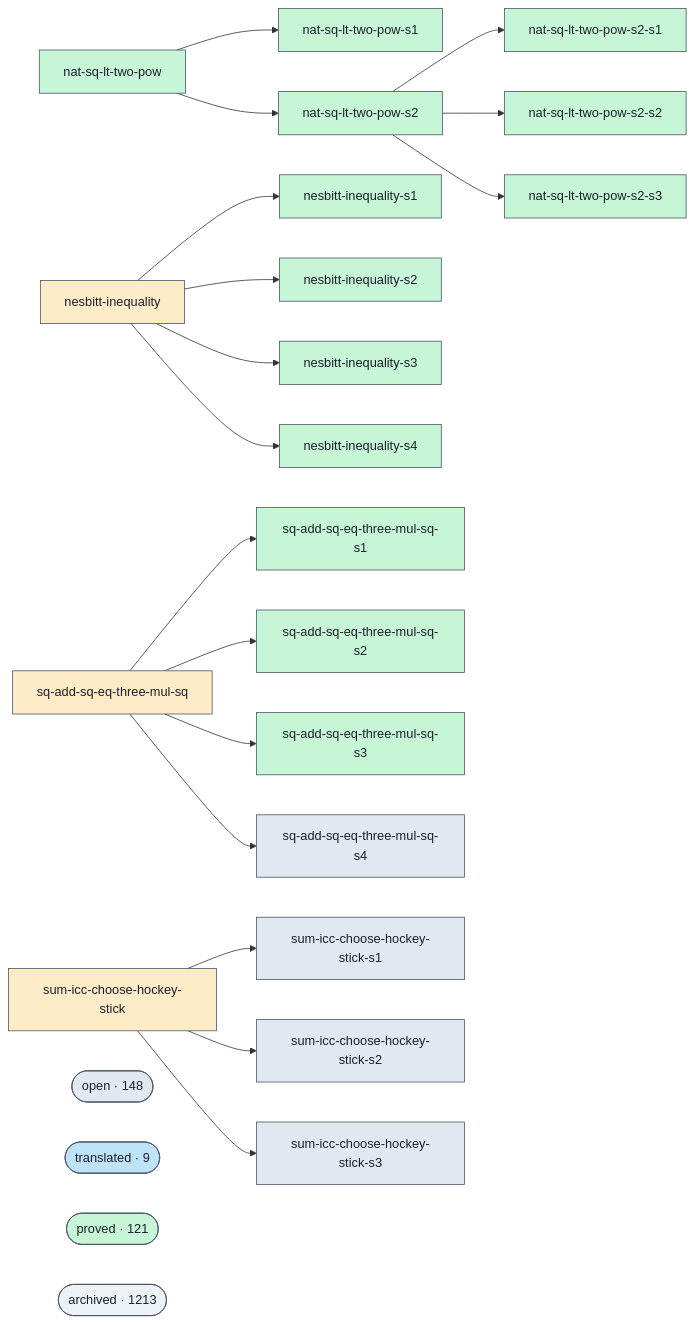
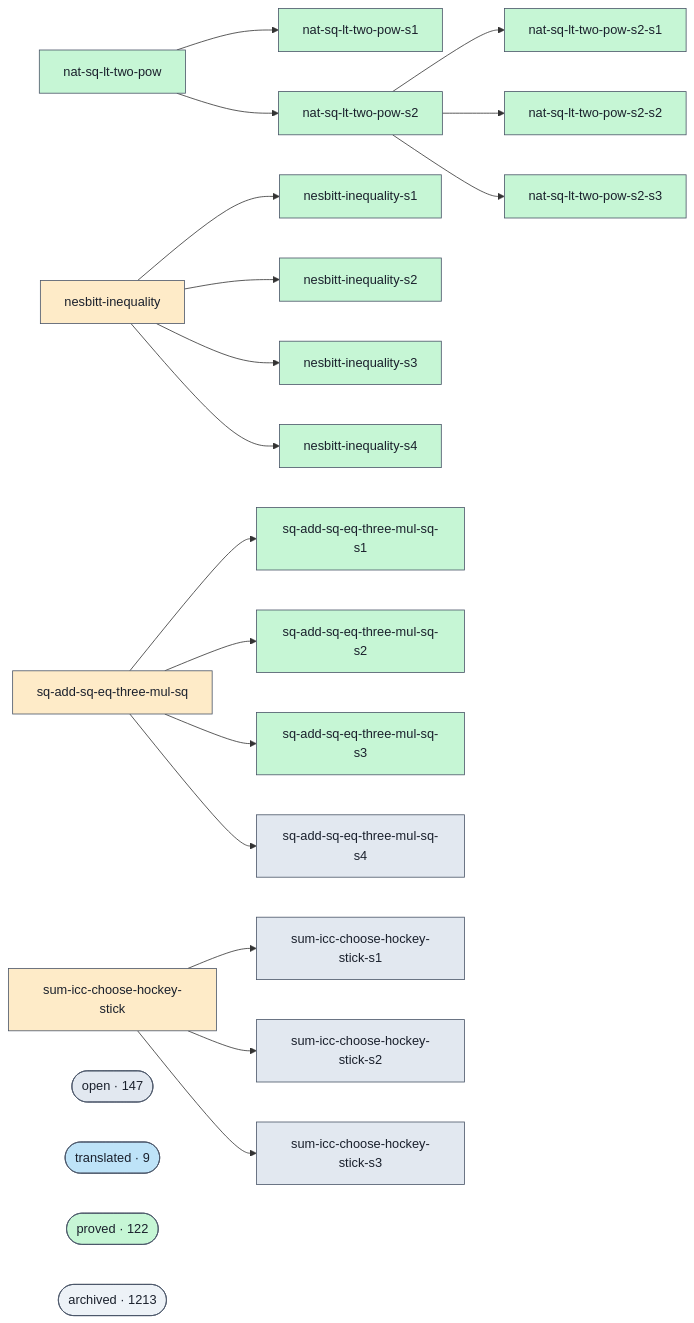
Before and after one commit to ohdearquant/unsorry: the diagram in docs/proofs-contributors-visualisation.md, drawn with Mermaid. The commit also changed other lines of this file and 2 other files, not shown here.

```diff
--- a/docs/proofs-contributors-visualisation.md
+++ b/docs/proofs-contributors-visualisation.md
@@ -98,11 +98,11 @@
   g_sum_icc_choose_hockey_stick --> g_sum_icc_choose_hockey_stick_s1
   g_sum_icc_choose_hockey_stick --> g_sum_icc_choose_hockey_stick_s2
   g_sum_icc_choose_hockey_stick --> g_sum_icc_choose_hockey_stick_s3
-  cluster_open(["open · 148"])
+  cluster_open(["open · 147"])
   class cluster_open open;
   cluster_translated(["translated · 9"])
   class cluster_translated translated;
-  cluster_proved(["proved · 121"])
+  cluster_proved(["proved · 122"])
   class cluster_proved proved;
   cluster_archived(["archived · 1213"])
   class cluster_archived unknown;
```
